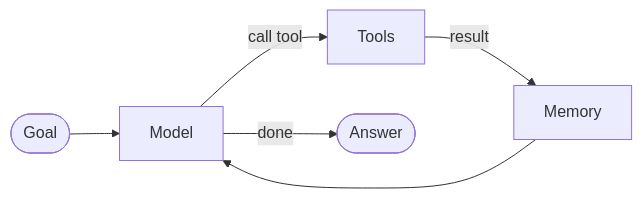
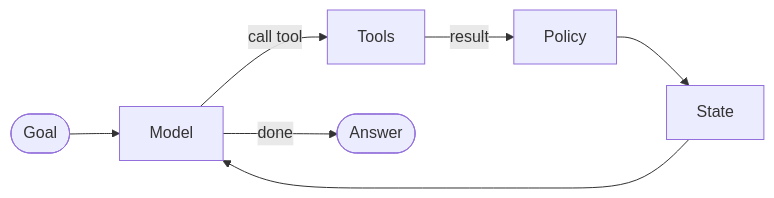
Before and after one commit to MLOps-Courses/agentops-open-course: the diagram in docs/0. Overview/0.1. Agents.md, drawn with Mermaid. The commit also changed other lines of this file and 258 other files, not shown here.

````diff
--- a/docs/0. Overview/0.1. Agents.md
+++ b/docs/0. Overview/0.1. Agents.md
@@ -23,8 +24,9 @@
 ```mermaid
 flowchart LR
     Goal([Goal]) --> Model
     Model -->|call tool| Tools
-    Tools -->|result| Memory
-    Memory --> Model
+    Tools -->|result| Policy
+    Policy --> State
+    State --> Model
     Model -->|done| Answer([Answer])
 ```
````
